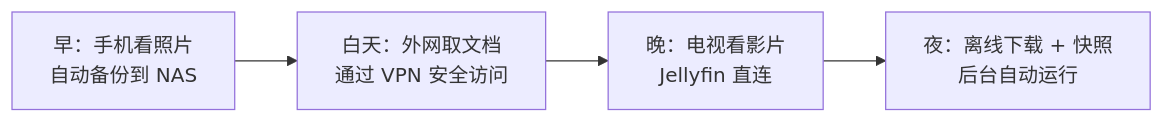
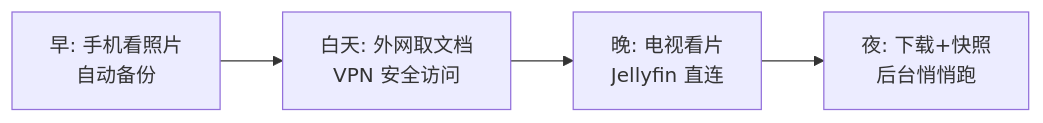
The second of 2 diagrams in docs/01-认识NAS/1.2-NAS能做什么.md (cv-superding/nas-guide), drawn with Mermaid before and after one commit. The commit also changed other lines of this file and 2 other files, not shown here.

````diff
--- a/docs/01-认识NAS/1.2-NAS能做什么.md
+++ b/docs/01-认识NAS/1.2-NAS能做什么.md
@@ -56,6 +52,6 @@
 ```mermaid
 flowchart LR
-    M[早：手机看照片<br/>自动备份到 NAS] --> D[白天：外网取文档<br/>通过 VPN 安全访问]
-    D --> E[晚：电视看影片<br/>Jellyfin 直连]
-    E --> N[夜：离线下载 + 快照<br/>后台自动运行]
+    M[早: 手机看照片<br/>自动备份] --> D[白天: 外网取文档<br/>VPN 安全访问]
+    D --> E[晚: 电视看片<br/>Jellyfin 直连]
+    E --> N[夜: 下载+快照<br/>后台悄悄跑]
 ```
````
